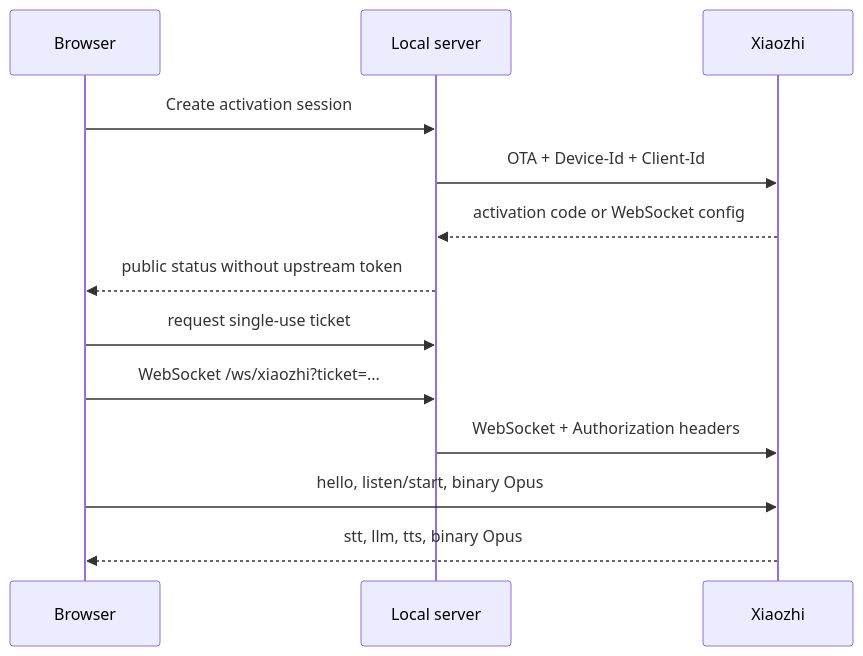
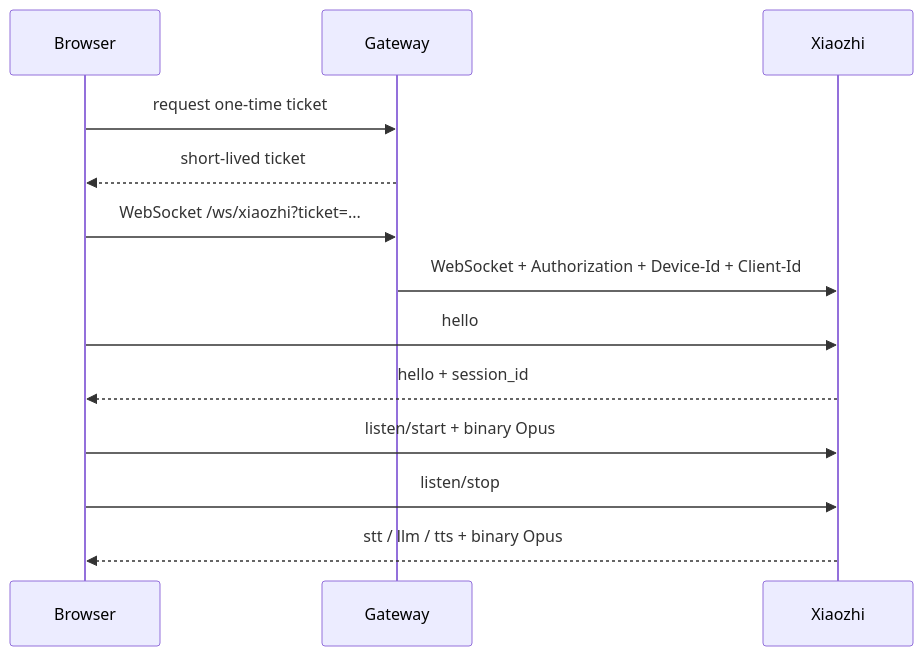
One commit to Base27-CVNSS/ViPocket-Xiaozhi changed the third of 3 diagrams in README.en.md. Above: the diagram before and after it, drawn with Mermaid. The commit also changed other lines of this file and 3 other files, not shown here.

````diff
--- a/README.en.md
+++ b/README.en.md
@@ -106,16 +153,16 @@
 ```mermaid
 sequenceDiagram
     participant B as Browser
-    participant G as Local server
+    participant G as Gateway
     participant X as Xiaozhi
 
-    B->>G: Create activation session
-    G->>X: OTA + Device-Id + Client-Id
-    X-->>G: activation code or WebSocket config
-    G-->>B: public status without upstream token
-    B->>G: request single-use ticket
+    B->>G: request one-time ticket
+    G-->>B: short-lived ticket
     B->>G: WebSocket /ws/xiaozhi?ticket=...
-    G->>X: WebSocket + Authorization headers
-    B->>X: hello, listen/start, binary Opus
-    X-->>B: stt, llm, tts, binary Opus
+    G->>X: WebSocket + Authorization + Device-Id + Client-Id
+    B->>X: hello
+    X-->>B: hello + session_id
+    B->>X: listen/start + binary Opus
+    B->>X: listen/stop
+    X-->>B: stt / llm / tts + binary Opus
 ```
````
